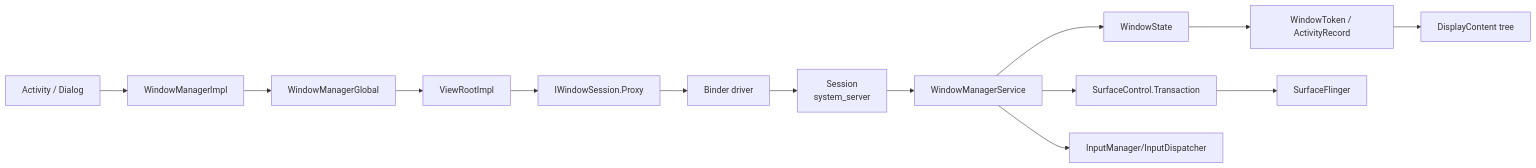
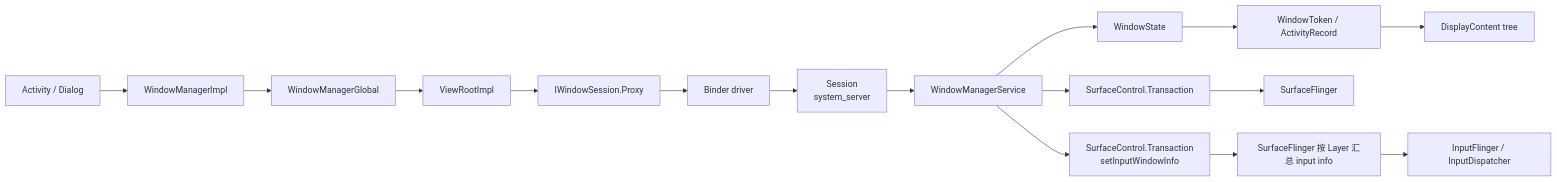
The first of 5 diagrams in Android源码学习/19-WMS窗口管理与焦点切换.md (junyingzhao001/StudyNotes), drawn with Mermaid before and after one commit. The commit also changed other lines of this file and 617 other files, not shown here.

````diff
--- a/Android源码学习/19-WMS窗口管理与焦点切换.md
+++ b/Android源码学习/19-WMS窗口管理与焦点切换.md
@@ -75,16 +75,18 @@
 ```mermaid
 flowchart LR
     A["Activity / Dialog"] --> WM["WindowManagerImpl"]
     WM --> WMG["WindowManagerGlobal"]
     WMG --> VRI["ViewRootImpl"]
     VRI --> SESSION["IWindowSession.Proxy"]
     SESSION --> BINDER["Binder driver"]
     BINDER --> S["Session<br/>system_server"]
     S --> WMS["WindowManagerService"]
     WMS --> WS["WindowState"]
     WS --> TOKEN["WindowToken / ActivityRecord"]
     TOKEN --> DC["DisplayContent tree"]
     WMS --> SC["SurfaceControl.Transaction"]
     SC --> SF["SurfaceFlinger"]
-    WMS --> IM["InputManager/InputDispatcher"]
+    WMS --> IMETA["SurfaceControl.Transaction<br/>setInputWindowInfo"]
+    IMETA --> SF2["SurfaceFlinger 按 Layer 汇总 input info"]
+    SF2 --> IM["InputFlinger / InputDispatcher"]
 ```
````
